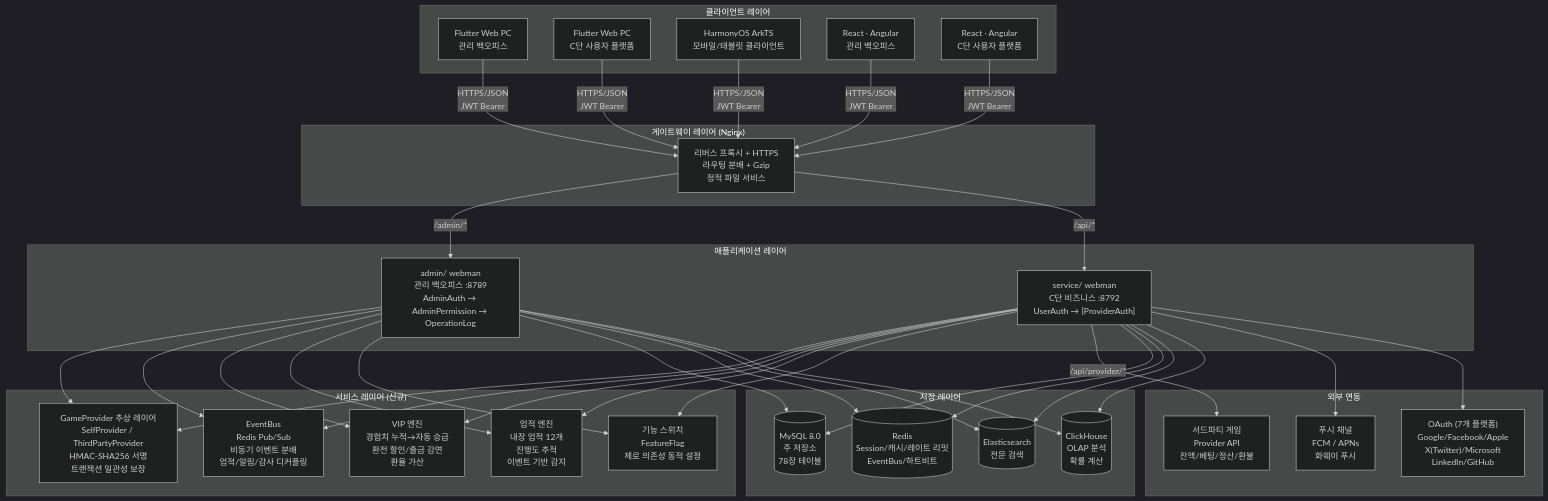
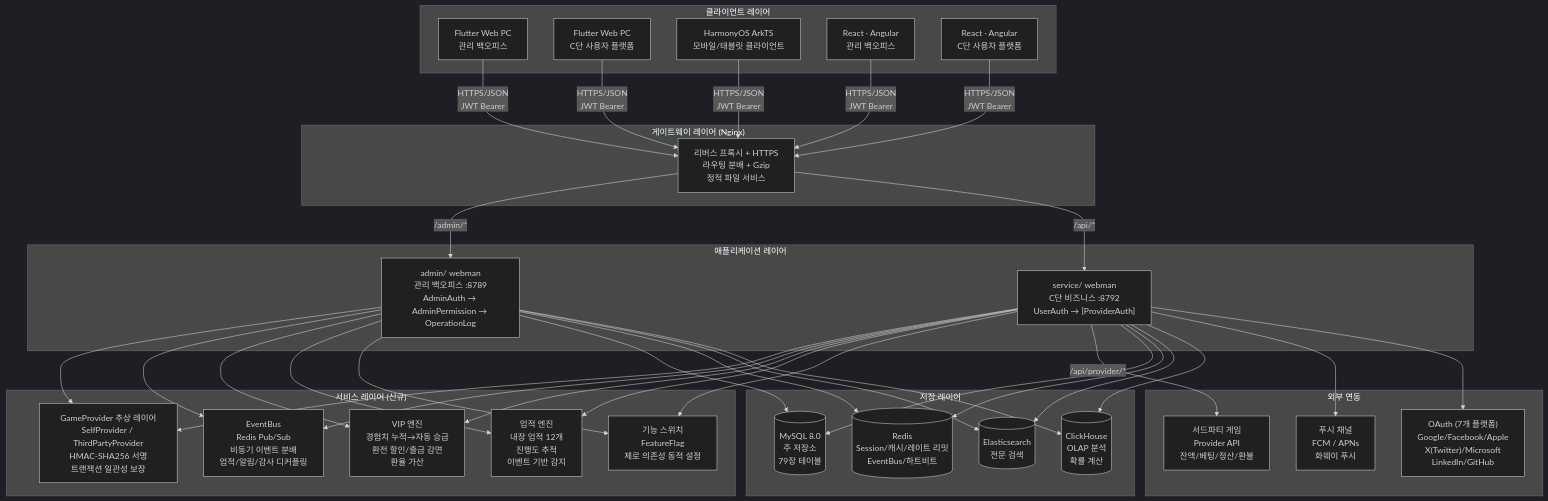
The first of 2 diagrams in docs/ARCHITECTURE.ko.md (erikwang2013/game-platform-php), drawn with Mermaid (dark theme) before and after one commit. The commit also changed other lines of this file and 710 other files, not shown here.

````diff
--- a/docs/ARCHITECTURE.ko.md
+++ b/docs/ARCHITECTURE.ko.md
@@ -11,48 +11,48 @@
 ```mermaid
 flowchart TB
     subgraph "클라이언트 레이어"
         A1["Flutter Web PC<br/>관리 백오피스"]
         A2["Flutter Web PC<br/>C단 사용자 플랫폼"]
         A3["HarmonyOS ArkTS<br/>모바일/태블릿 클라이언트"]
         A4["React · Angular<br/>관리 백오피스"]
         A5["React · Angular<br/>C단 사용자 플랫폼"]
     end
 
     subgraph "게이트웨이 레이어 (Nginx)"
         B1["리버스 프록시 + HTTPS<br/>라우팅 분배 + Gzip<br/>정적 파일 서비스"]
     end
 
     subgraph "애플리케이션 레이어"
         C1["admin/ webman<br/>관리 백오피스 :8789<br/>AdminAuth → AdminPermission → OperationLog"]
         C2["service/ webman<br/>C단 비즈니스 :8792<br/>UserAuth → [ProviderAuth]"]
     end
 
     subgraph "서비스 레이어 (신규)"
         D0["GameProvider 추상 레이어<br/>SelfProvider / ThirdPartyProvider<br/>HMAC-SHA256 서명<br/>트랜잭션 일관성 보장"]
         D1["EventBus<br/>Redis Pub/Sub<br/>비동기 이벤트 분배<br/>업적/알림/감사 디커플링"]
         D2["VIP 엔진<br/>경험치 누적→자동 승급<br/>환전 할인/출금 감면<br/>환율 가산"]
         D3["업적 엔진<br/>내장 업적 12개<br/>진행도 추적<br/>이벤트 기반 감지"]
         D4["기능 스위치<br/>FeatureFlag<br/>제로 의존성 동적 설정"]
     end
 
     subgraph "저장 레이어"
-        E1[("MySQL 8.0<br/>주 저장소<br/>78장 테이블")]
+        E1[("MySQL 8.0<br/>주 저장소<br/>79장 테이블")]
         E2[("Redis<br/>Session/캐시/레이트 리밋<br/>EventBus/하트비트")]
         E3[("Elasticsearch<br/>전문 검색")]
         E4[("ClickHouse<br/>OLAP 분석<br/>확률 계산")]
     end
 
     subgraph "외부 연동"
         F1["서드파티 게임<br/>Provider API<br/>잔액/베팅/정산/환불"]
         F2["푸시 채널<br/>FCM / APNs<br/>화웨이 푸시"]
         F3["OAuth (7개 플랫폼)<br/>Google/Facebook/Apple<br/>X(Twitter)/Microsoft<br/>LinkedIn/GitHub"]
     end
 
     A1 & A2 & A3 & A4 & A5 -->|"HTTPS/JSON<br/>JWT Bearer"| B1
     B1 -->|"/admin/*"| C1
     B1 -->|"/api/*"| C2
     C1 & C2 --> D0 & D1 & D2 & D3 & D4
     C2 -->|"/api/provider/*"| F1
     C1 & C2 --> E1 & E2 & E3 & E4
     C2 --> F2 & F3
 ```
````
